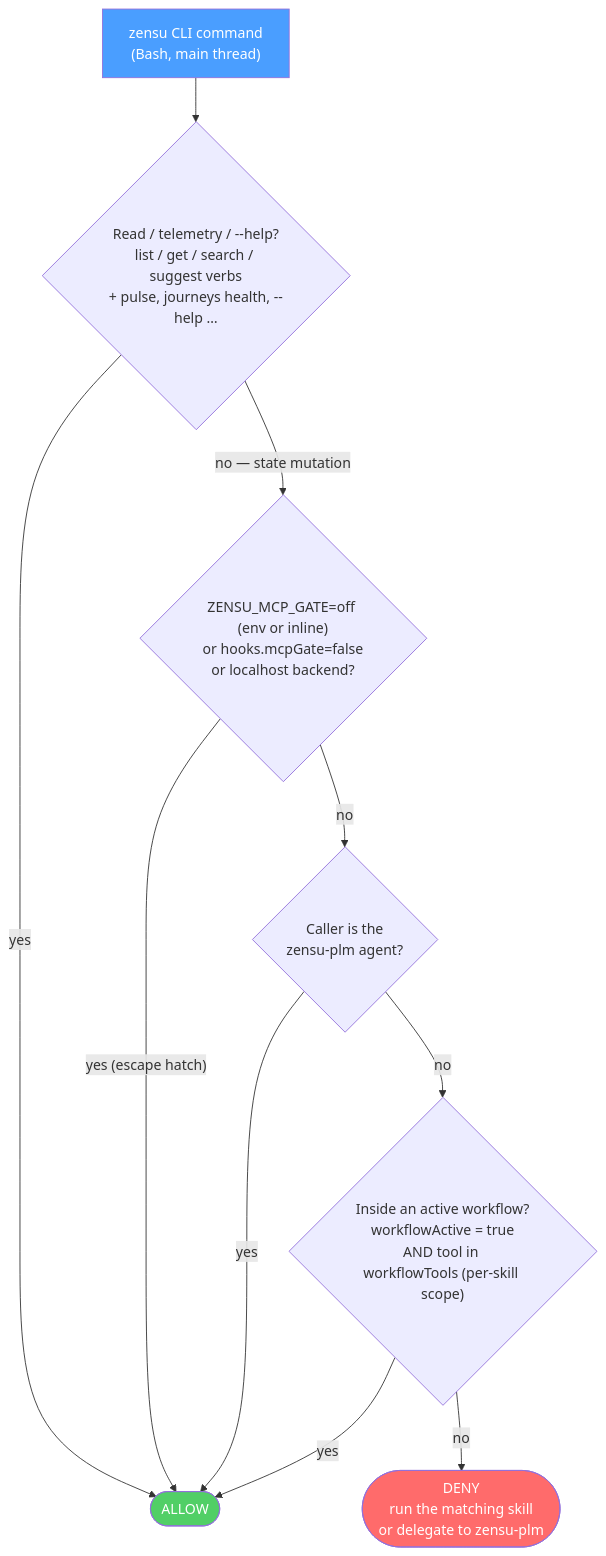
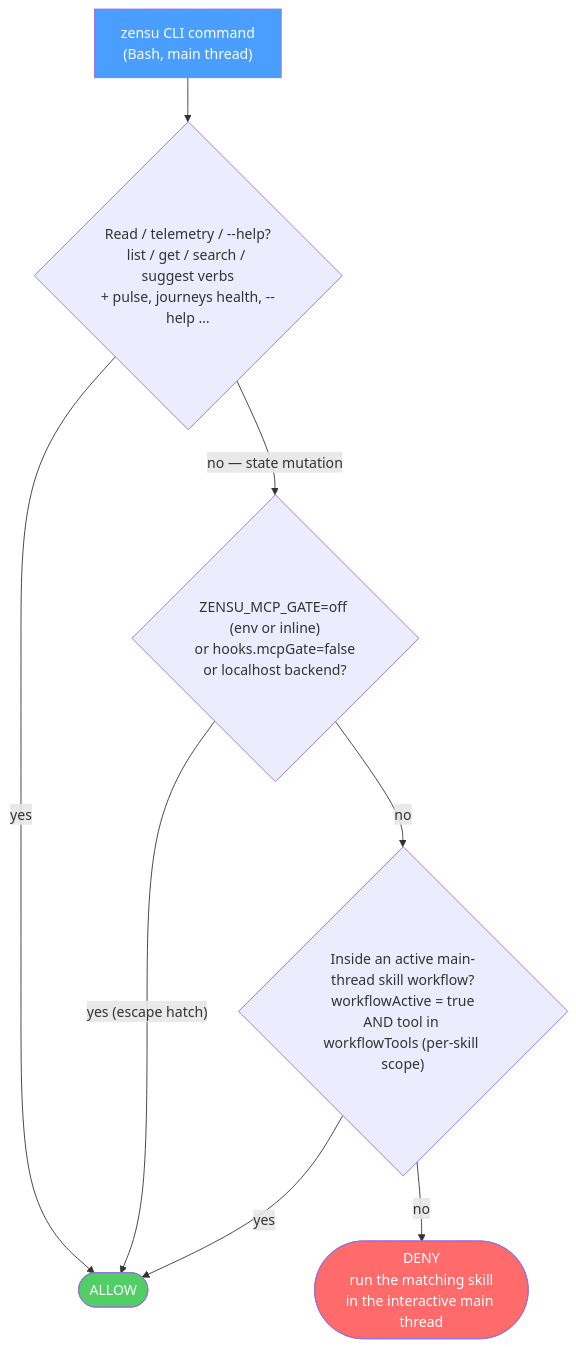
One commit to MKITConsulting/zensu-claude-code changed the second of 2 diagrams in README.md. Above: the diagram before and after it, drawn with Mermaid. The commit also changed other lines of this file and 214 other files, not shown here.

````diff
--- a/README.md
+++ b/README.md
@@ -102,16 +102,14 @@
 ```mermaid
 flowchart TD
     A["zensu CLI command<br/>(Bash, main thread)"] --> B{"Read / telemetry / --help?<br/>list / get / search / suggest verbs<br/>+ pulse, journeys health, --help …"}
     B -->|"yes"| ALLOW(["ALLOW"])
     B -->|"no — state mutation"| C{"ZENSU_MCP_GATE=off (env or inline)<br/>or hooks.mcpGate=false<br/>or localhost backend?"}
     C -->|"yes (escape hatch)"| ALLOW
-    C -->|"no"| D{"Caller is the<br/>zensu-plm agent?"}
-    D -->|"yes"| ALLOW
-    D -->|"no"| E{"Inside an active workflow?<br/>workflowActive = true<br/>AND tool in workflowTools (per-skill scope)"}
+    C -->|"no"| E{"Inside an active main-thread skill workflow?<br/>workflowActive = true<br/>AND tool in workflowTools (per-skill scope)"}
     E -->|"yes"| ALLOW
-    E -->|"no"| DENY(["DENY<br/>run the matching skill<br/>or delegate to zensu-plm"])
+    E -->|"no"| DENY(["DENY<br/>run the matching skill<br/>in the interactive main thread"])
 
     style A fill:#4a9eff,color:#fff
     style ALLOW fill:#51cf66,color:#fff
     style DENY fill:#ff6b6b,color:#fff
 ```
````
